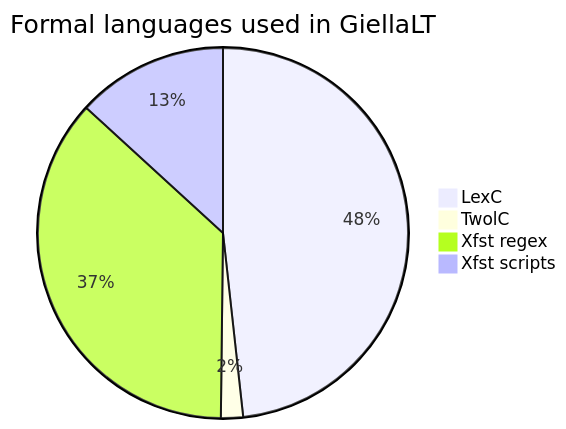
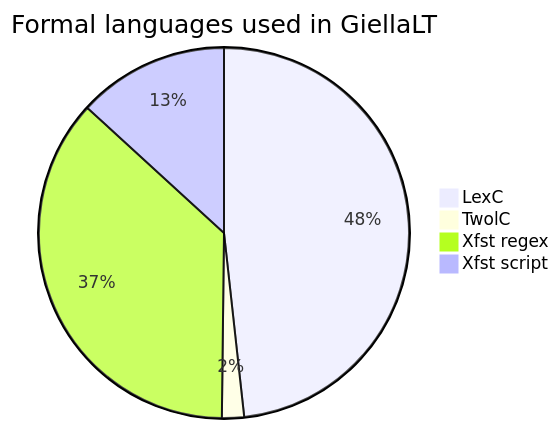
Before and after one commit to giellalt/giellalt.github.io: the diagram in infra/docinfra.md, drawn with Mermaid. The commit also changed other lines of this file, not shown here.

Commit message:
Use the correct link to the GitHub action

````diff
--- a/infra/docinfra.md
+++ b/infra/docinfra.md
@@ -58,7 +58,7 @@
 ```mermaid
 pie title Formal languages used in GiellaLT
     "LexC" : 3129
     "TwolC" : 125
     "Xfst regex" : 2374
-    "Xfst scripts" : 856
+    "Xfst script" : 856
 ```
````
